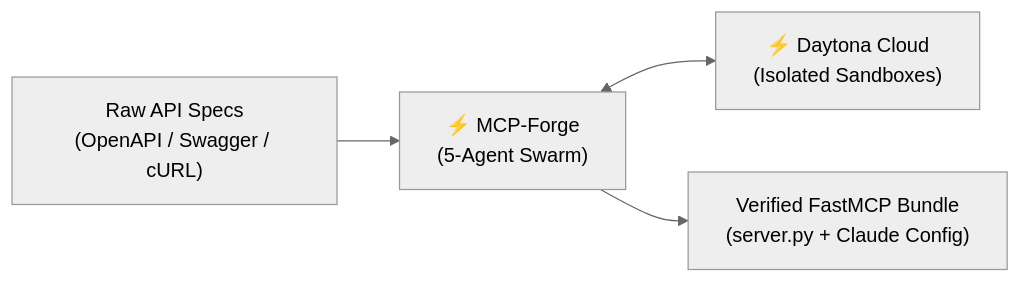
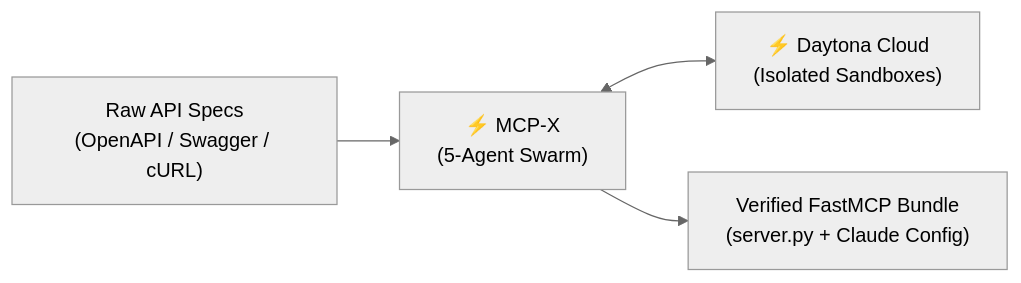
The first of 3 diagrams in README.md (Nischit290402/daytona-hackathon), drawn with Mermaid (neutral theme) before and after one commit. The commit also changed other lines of this file, not shown here.

Commit message:
Rename MCP-Forge to MCP-X in README

````diff
--- a/README.md
+++ b/README.md
@@ -11,6 +11,6 @@
 ```mermaid
 flowchart LR
-    A["Raw API Specs<br/>(OpenAPI / Swagger / cURL)"] --> B["⚡ MCP-Forge<br/>(5-Agent Swarm)"]
+    A["Raw API Specs<br/>(OpenAPI / Swagger / cURL)"] --> B["⚡ MCP-X<br/>(5-Agent Swarm)"]
     B <--> C["⚡ Daytona Cloud<br/>(Isolated Sandboxes)"]
     B --> D["Verified FastMCP Bundle<br/>(server.py + Claude Config)"]
 ```
````
